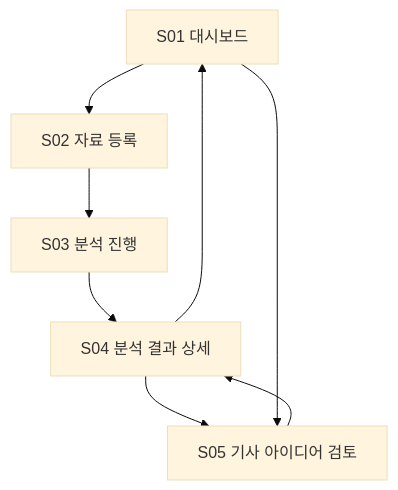
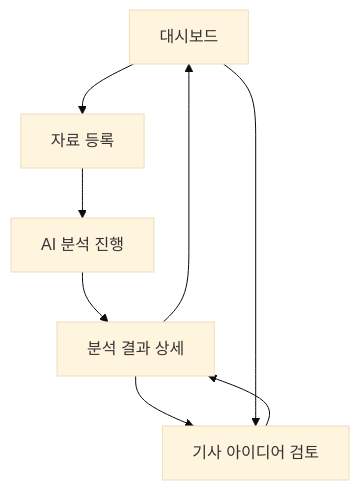
The first of 3 diagrams in README.md (csy04x2/RGF), drawn with Mermaid (base theme) before and after one commit. The commit also changed other lines of this file, not shown here.

````diff
--- a/README.md
+++ b/README.md
@@ -152,10 +130,10 @@
 ```mermaid
 flowchart TD
-    S01["S01 대시보드"] --> S02["S02 자료 등록"]
-    S02 --> S03["S03 분석 진행"]
-    S03 --> S04["S04 분석 결과 상세"]
-    S04 --> S05["S05 기사 아이디어 검토"]
+    S01["대시보드"] --> S02["자료 등록"]
+    S02 --> S03["AI 분석 진행"]
+    S03 --> S04["분석 결과 상세"]
+    S04 --> S05["기사 아이디어 검토"]
     S05 --> S04
     S04 --> S01
     S01 --> S05
 ```
````
